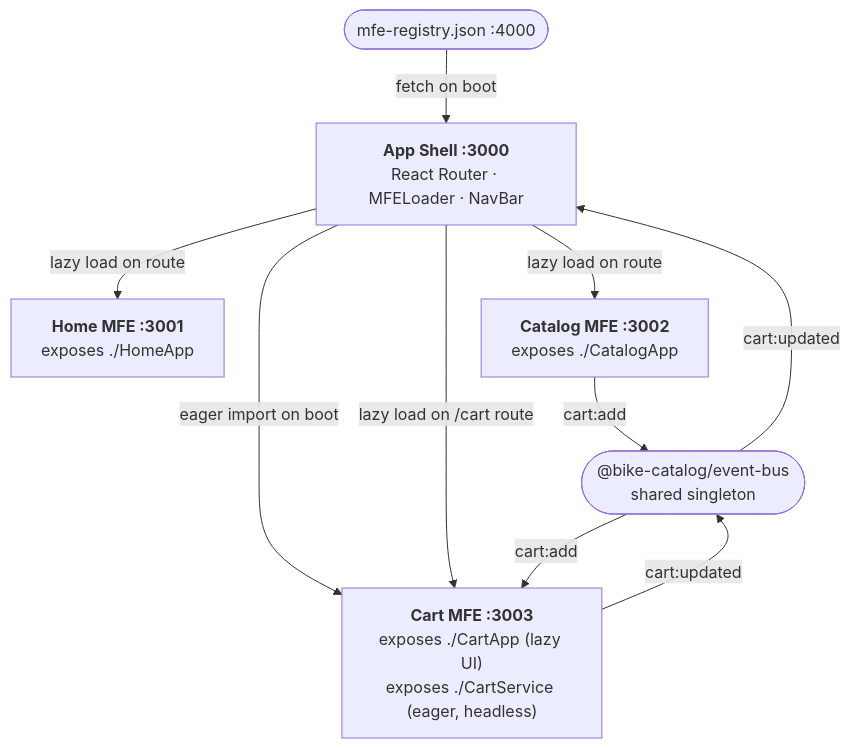
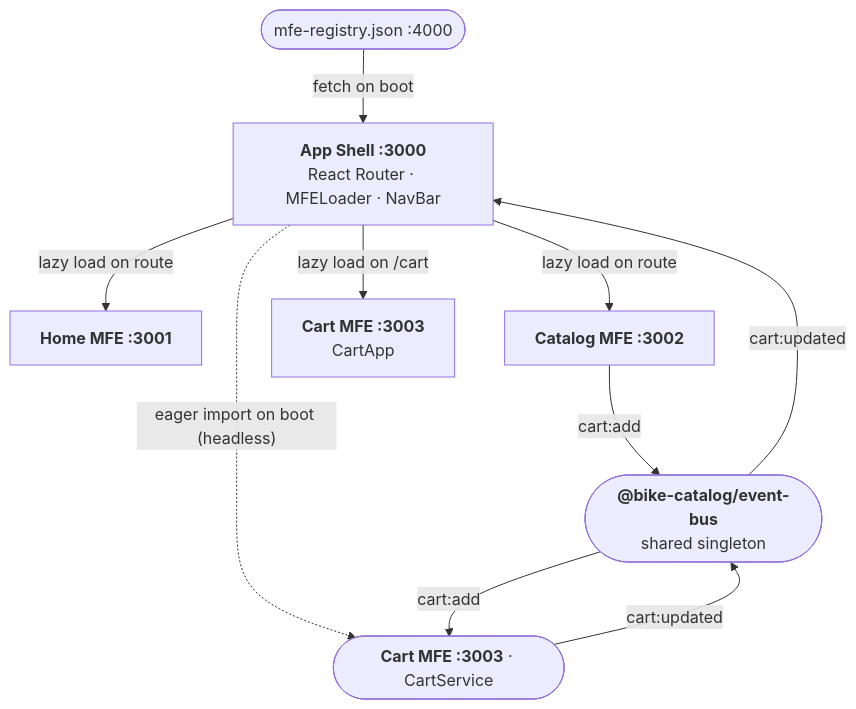
One commit to matehegedus/BikeCatalogMFE changed the diagram in README.md. Above: the diagram before and after it, drawn with Mermaid.

Commit message:
Refactor flowchart and update MFE descriptions

````diff
--- a/README.md
+++ b/README.md
@@ -9,25 +9,25 @@
 ```mermaid
 flowchart TD
     registry(["mfe-registry.json :4000"])
     shell["`**App Shell :3000**
     React Router · MFELoader · NavBar`"]
-    home["`**Home MFE :3001**
-    exposes ./HomeApp`"]
-    catalog["`**Catalog MFE :3002**
-    exposes ./CatalogApp`"]
-    cart["`**Cart MFE :3003**
-    exposes ./CartApp (lazy UI)
-    exposes ./CartService (eager, headless)`"]
-    bus(["@bike-catalog/event-bus\nshared singleton"])
+    bus(["`**@bike-catalog/event-bus**
+    shared singleton`"])
+    home["`**Home MFE :3001**`"]
+    catalog["`**Catalog MFE :3002**`"]
+    cartservice(["`**Cart MFE :3003** · CartService`"])
+    cartapp["`**Cart MFE :3003**
+    CartApp`"]
 
     registry -->|fetch on boot| shell
+    bus -->|cart:updated| shell
+
     shell -->|lazy load on route| home
     shell -->|lazy load on route| catalog
-    shell -->|eager import on boot| cart
-    shell -->|lazy load on /cart route| cart
+    shell -.->|"eager import on boot (headless)"| cartservice
+    shell -->|lazy load on /cart| cartapp
 
     catalog -->|cart:add| bus
-    bus -->|cart:add| cart
-    cart -->|cart:updated| bus
-    bus -->|cart:updated| shell
+    bus -->|cart:add| cartservice
+    cartservice -->|cart:updated| bus
 ```
````
